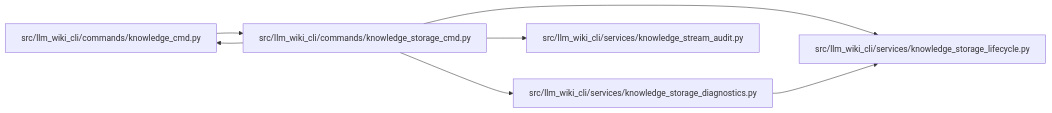
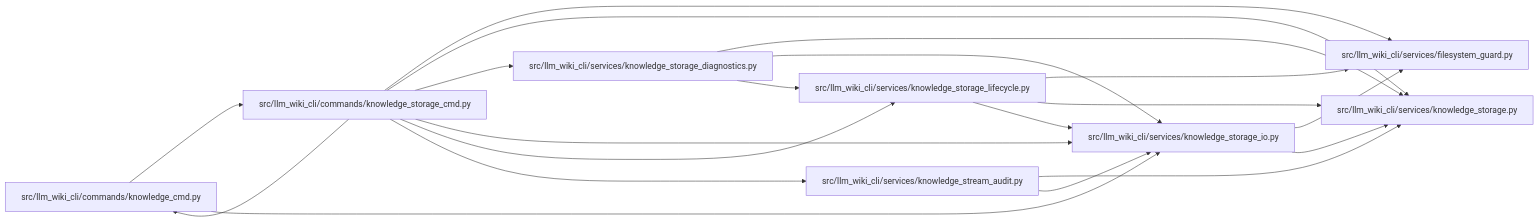
Before and after one commit to Denissvgn/python-wiki-llm: the diagram in docs/llm_wiki/modules/knowledge_storage_cmd.md, drawn with Mermaid. The commit also changed other lines of this file and 486 other files, not shown here.

First line of the commit message:
Improve knowledge storage performance and recoverable cleanup (#36)

````diff
--- a/docs/llm_wiki/modules/knowledge_storage_cmd.md
+++ b/docs/llm_wiki/modules/knowledge_storage_cmd.md
@@ -23,19 +27,38 @@
 ```mermaid
 flowchart LR
     n0["src/llm_wiki_cli/commands/knowledge_cmd.py"]
     n1["src/llm_wiki_cli/commands/knowledge_storage_cmd.py"]
-    n2["src/llm_wiki_cli/services/knowledge_storage_diagnostics.py"]
-    n3["src/llm_wiki_cli/services/knowledge_storage_lifecycle.py"]
-    n4["src/llm_wiki_cli/services/knowledge_stream_audit.py"]
+    n2["src/llm_wiki_cli/services/filesystem_guard.py"]
+    n3["src/llm_wiki_cli/services/knowledge_storage.py"]
+    n4["src/llm_wiki_cli/services/knowledge_storage_diagnostics.py"]
+    n5["src/llm_wiki_cli/services/knowledge_storage_io.py"]
+    n6["src/llm_wiki_cli/services/knowledge_storage_lifecycle.py"]
+    n7["src/llm_wiki_cli/services/knowledge_stream_audit.py"]
     n0 --> n1
+    n0 --> n5
     n1 --> n0
     n1 --> n2
     n1 --> n3
     n1 --> n4
-    n2 --> n3
+    n1 --> n5
+    n1 --> n6
+    n1 --> n7
+    n4 --> n3
+    n4 --> n5
+    n4 --> n6
+    n5 --> n2
+    n5 --> n3
+    n6 --> n2
+    n6 --> n3
+    n6 --> n5
+    n7 --> n3
+    n7 --> n5
     click n0 "../modules/knowledge_cmd.md"
     click n1 "../modules/knowledge_storage_cmd.md"
-    click n2 "../modules/knowledge_storage_diagnostics.md"
-    click n3 "../modules/knowledge_storage_lifecycle.md"
-    click n4 "../modules/knowledge_stream_audit.md"
+    click n2 "../modules/filesystem_guard.md"
+    click n3 "../modules/knowledge_storage.md"
+    click n4 "../modules/knowledge_storage_diagnostics.md"
+    click n5 "../modules/knowledge_storage_io.md"
+    click n6 "../modules/knowledge_storage_lifecycle.md"
+    click n7 "../modules/knowledge_stream_audit.md"
 ```
````
